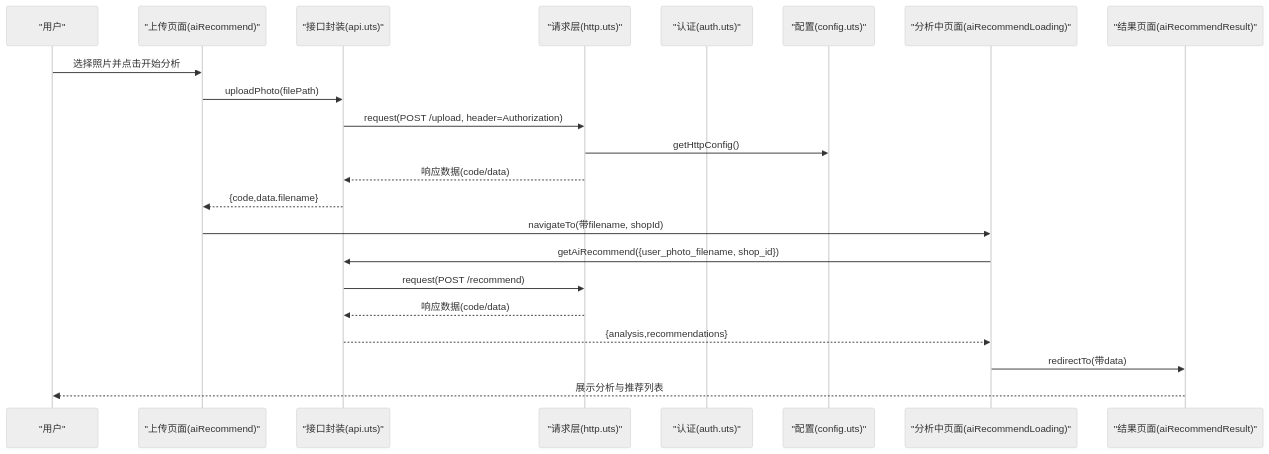
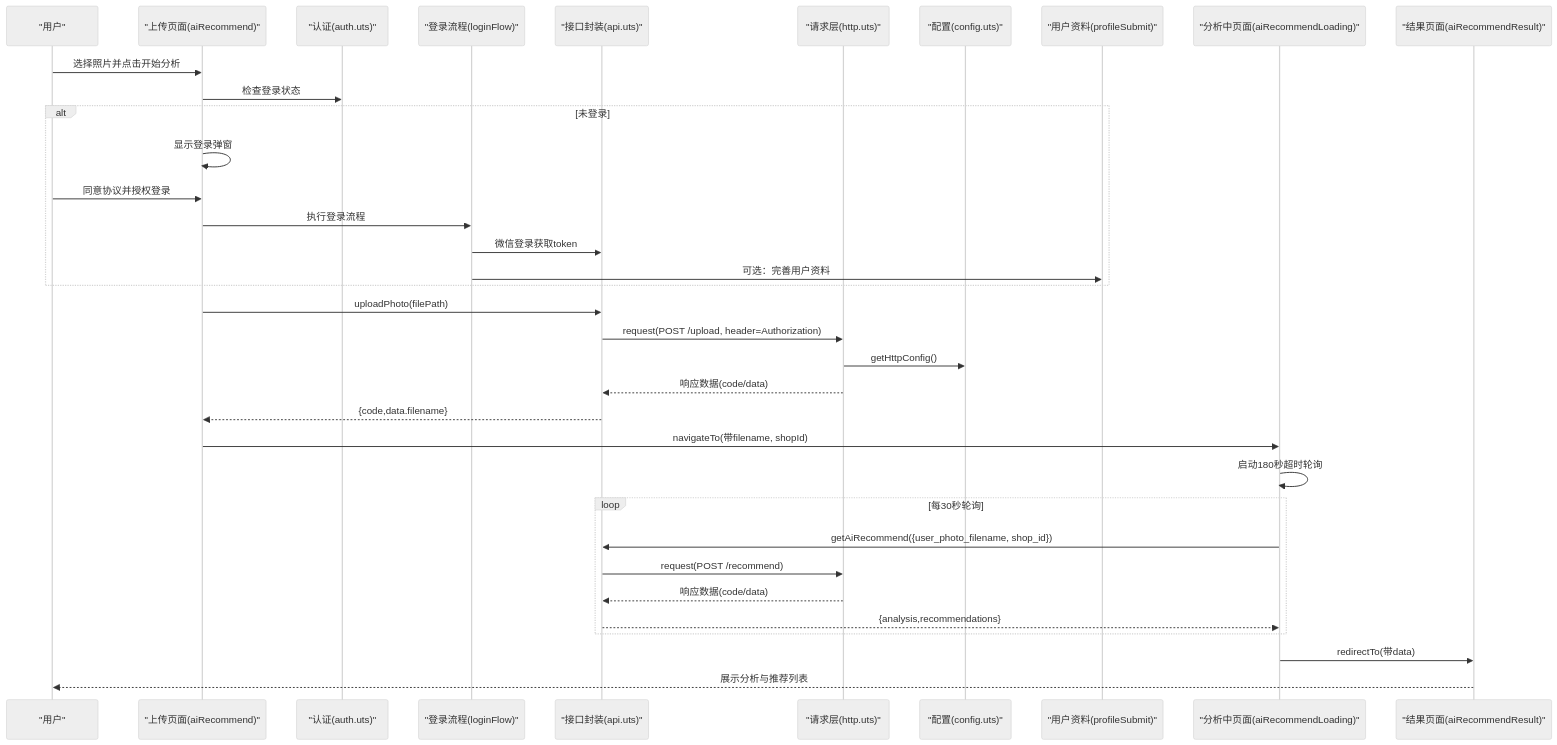
The second of 3 diagrams in .qoder/repowiki/zh/content/核心功能模块/AI服装推荐功能.md (crazyma99/blueberry), drawn with Mermaid (neutral theme) before and after one commit. The commit also changed other lines of this file and 6 other files, not shown here.

````diff
--- a/.qoder/repowiki/zh/content/核心功能模块/AI服装推荐功能.md
+++ b/.qoder/repowiki/zh/content/核心功能模块/AI服装推荐功能.md
@@ -99,24 +122,37 @@
 ```mermaid
 sequenceDiagram
 participant U as "用户"
 participant P1 as "上传页面(aiRecommend)"
+participant AUTH as "认证(auth.uts)"
+participant LOGIN as "登录流程(loginFlow)"
 participant API as "接口封装(api.uts)"
 participant HTTP as "请求层(http.uts)"
-participant AUTH as "认证(auth.uts)"
 participant CFG as "配置(config.uts)"
+participant PROFILE as "用户资料(profileSubmit)"
 participant P2 as "分析中页面(aiRecommendLoading)"
 participant P3 as "结果页面(aiRecommendResult)"
 U->>P1 : 选择照片并点击开始分析
+P1->>AUTH : 检查登录状态
+alt 未登录
+P1->>P1 : 显示登录弹窗
+U->>P1 : 同意协议并授权登录
+P1->>LOGIN : 执行登录流程
+LOGIN->>API : 微信登录获取token
+LOGIN->>PROFILE : 可选：完善用户资料
+end
 P1->>API : uploadPhoto(filePath)
 API->>HTTP : request(POST /upload, header=Authorization)
 HTTP->>CFG : getHttpConfig()
 HTTP-->>API : 响应数据(code/data)
 API-->>P1 : {code,data.filename}
 P1->>P2 : navigateTo(带filename, shopId)
+P2->>P2 : 启动180秒超时轮询
+loop 每30秒轮询
 P2->>API : getAiRecommend({user_photo_filename, shop_id})
 API->>HTTP : request(POST /recommend)
 HTTP-->>API : 响应数据(code/data)
 API-->>P2 : {analysis,recommendations}
+end
 P2->>P3 : redirectTo(带data)
 P3-->>U : 展示分析与推荐列表
 ```
````
